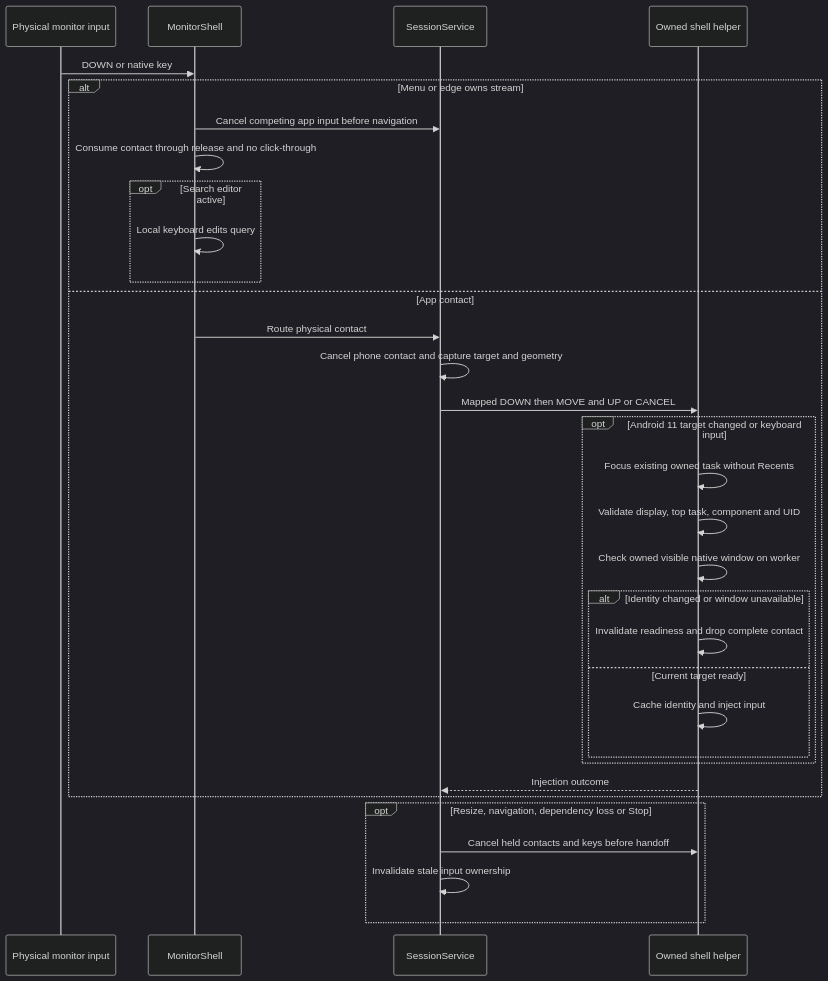
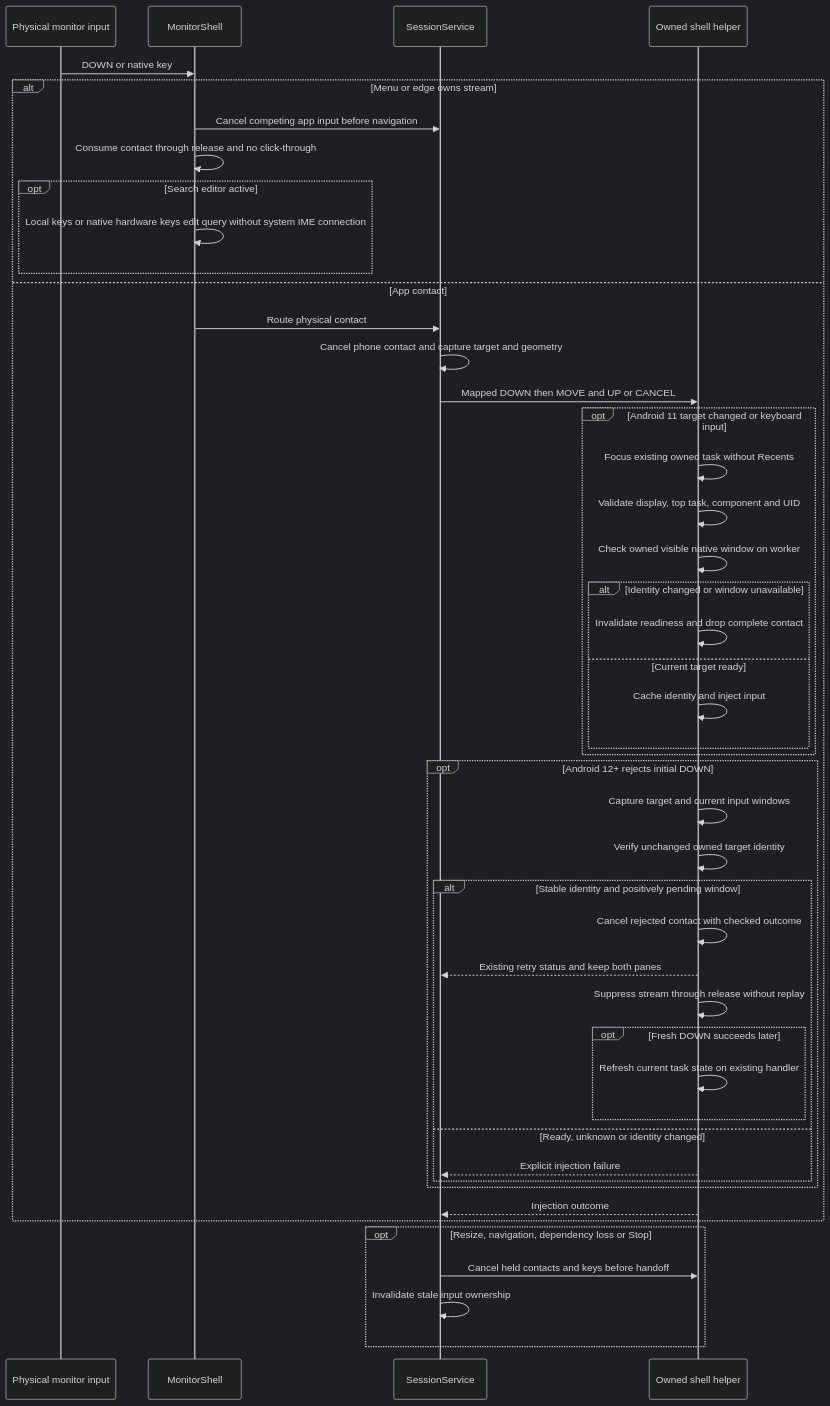
The second of 2 diagrams in docs/architecture/features/input-and-navigation.md (PhiLong-Ho/DexDroid), drawn with Mermaid (dark theme) before and after one commit. The commit also changed other lines of this file and 40 other files, not shown here.

Commit message:
Fix desktop input readiness and finalize stable Java 0.12.5 (#5)

````diff
--- a/docs/architecture/features/input-and-navigation.md
+++ b/docs/architecture/features/input-and-navigation.md
@@ -30,34 +36,48 @@
 ```mermaid
 sequenceDiagram
     participant Physical as Physical monitor input
     participant M as MonitorShell
     participant S as SessionService
     participant D as Owned shell helper
     Physical->>M: DOWN or native key
     alt Menu or edge owns stream
         M->>S: Cancel competing app input before navigation
         M->>M: Consume contact through release and no click-through
         opt Search editor active
-            M->>M: Local keyboard edits query
+            M->>M: Local keys or native hardware keys edit query without system IME connection
         end
     else App contact
         M->>S: Route physical contact
         S->>S: Cancel phone contact and capture target and geometry
         S->>D: Mapped DOWN then MOVE and UP or CANCEL
         opt Android 11 target changed or keyboard input
             D->>D: Focus existing owned task without Recents
             D->>D: Validate display, top task, component and UID
             D->>D: Check owned visible native window on worker
             alt Identity changed or window unavailable
                 D->>D: Invalidate readiness and drop complete contact
             else Current target ready
                 D->>D: Cache identity and inject input
             end
         end
+        opt Android 12+ rejects initial DOWN
+            D->>D: Capture target and current input windows
+            D->>D: Verify unchanged owned target identity
+            alt Stable identity and positively pending window
+                D->>D: Cancel rejected contact with checked outcome
+                D-->>S: Existing retry status and keep both panes
+                D->>D: Suppress stream through release without replay
+                opt Fresh DOWN succeeds later
+                    D->>D: Refresh current task state on existing handler
+                end
+            else Ready, unknown or identity changed
+                D-->>S: Explicit injection failure
+            end
+        end
         D-->>S: Injection outcome
     end
     opt Resize, navigation, dependency loss or Stop
         S->>D: Cancel held contacts and keys before handoff
         S->>S: Invalidate stale input ownership
     end
 ```
````
